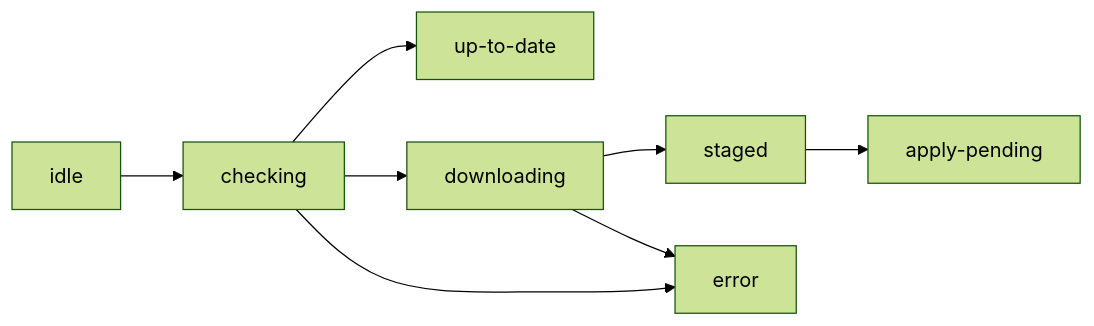
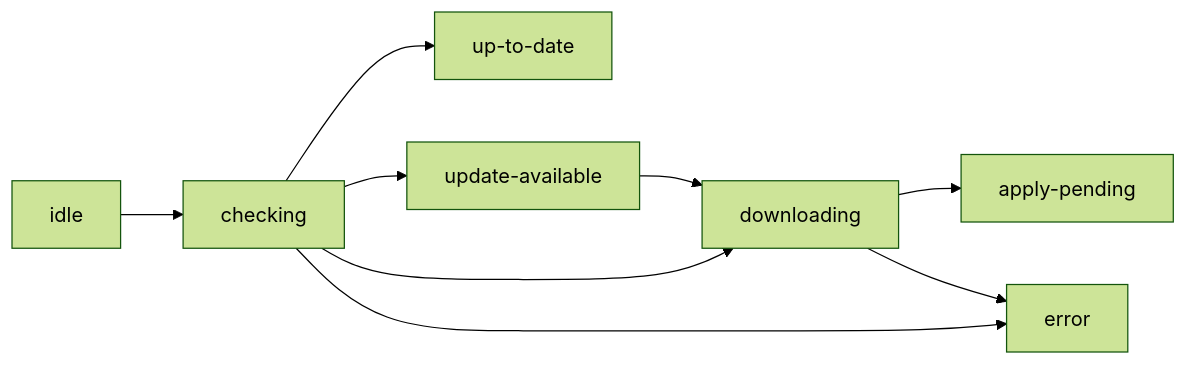
Before and after one commit to Scripting-Bear/dash-ota: the diagram in website/docs/react-native/use-ota-update.md, drawn with Mermaid (forest theme). The commit also changed other lines of this file and 7 other files, not shown here.

````diff
--- a/website/docs/react-native/use-ota-update.md
+++ b/website/docs/react-native/use-ota-update.md
@@ -61,9 +91,11 @@
 ```mermaid
 flowchart LR
   idle --> checking
   checking --> up-to-date
+  checking --> update-available
+  update-available --> downloading
   checking --> downloading
-  downloading --> staged --> apply-pending
+  downloading --> apply-pending
   checking --> error
   downloading --> error
 ```
````
